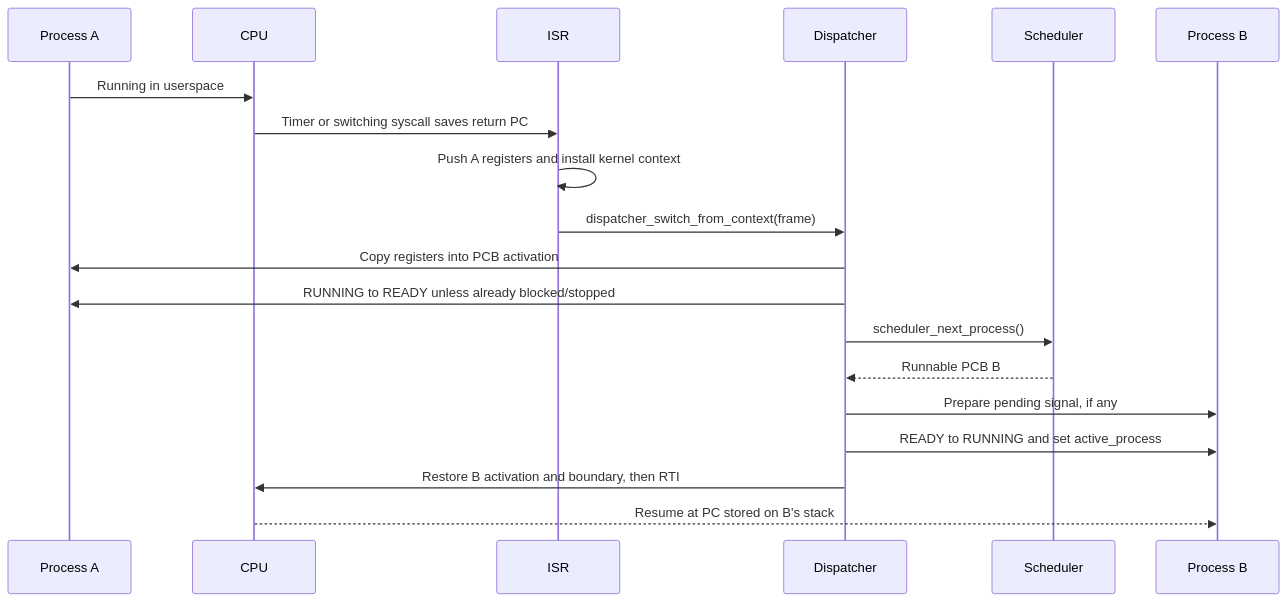
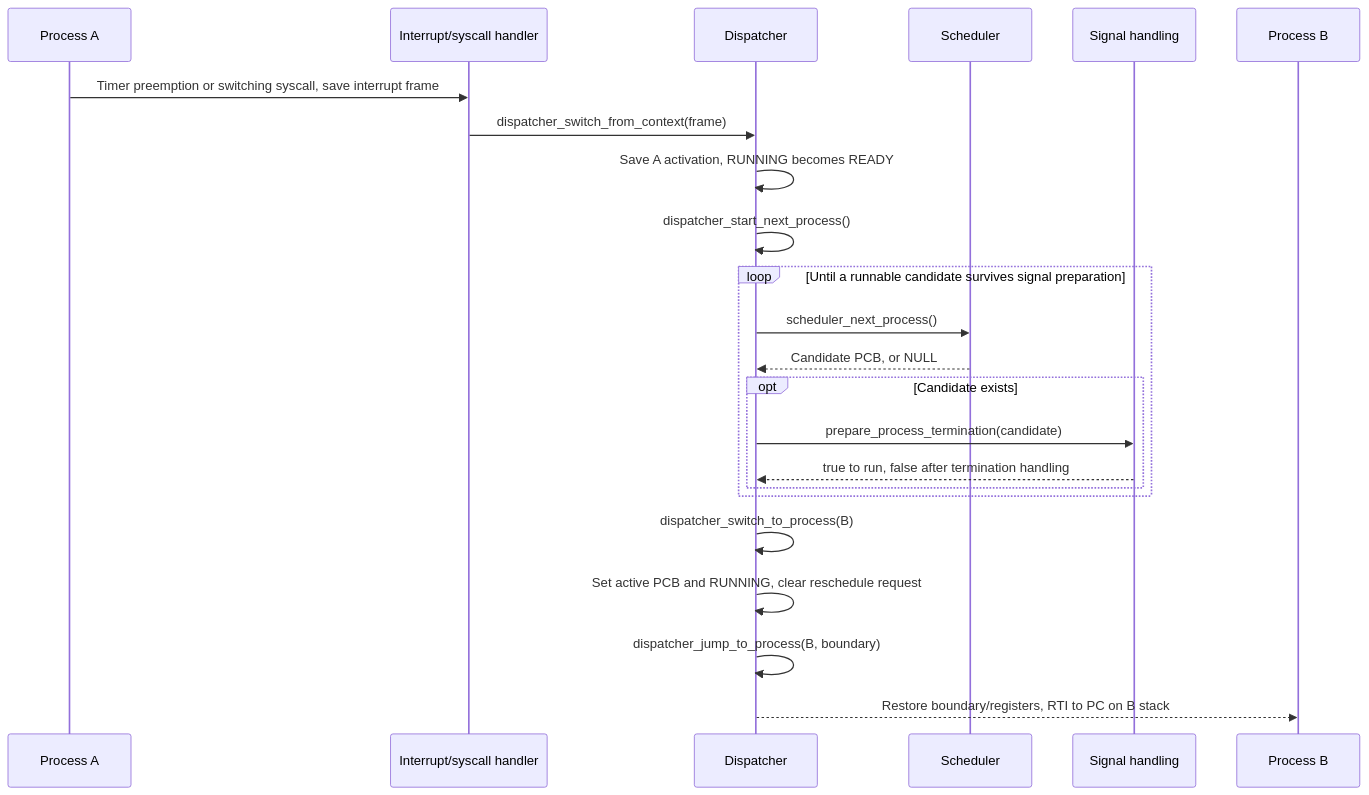
One commit to matthejue/Pico-OS changed diagram 16 of 30 in README.md. Above: the diagram before and after it, drawn with Mermaid. The commit also changed other lines of this file, not shown here.

Commit message:
updated README with clearer explanations, diagrams, and source links

````diff
--- a/README.md
+++ b/README.md
@@ -2231,22 +2434,26 @@
 ```mermaid
 sequenceDiagram
     participant A as Process A
-    participant CPU
-    participant ISR
+    participant I as Interrupt/syscall handler
     participant D as Dispatcher
     participant S as Scheduler
+    participant G as Signal handling
     participant B as Process B
 
-    A->>CPU: Running in userspace
-    CPU->>ISR: Timer or switching syscall saves return PC
-    ISR->>ISR: Push A registers and install kernel context
-    ISR->>D: dispatcher_switch_from_context(frame)
-    D->>A: Copy registers into PCB activation
-    D->>A: RUNNING to READY unless already blocked/stopped
-    D->>S: scheduler_next_process()
-    S-->>D: Runnable PCB B
-    D->>B: Prepare pending signal, if any
-    D->>B: READY to RUNNING and set active_process
-    D->>CPU: Restore B activation and boundary, then RTI
-    CPU-->>B: Resume at PC stored on B's stack
+    A->>I: Timer preemption or switching syscall, save interrupt frame
+    I->>D: dispatcher_switch_from_context(frame)
+    D->>D: Save A activation, RUNNING becomes READY
+    D->>D: dispatcher_start_next_process()
+    loop Until a runnable candidate survives signal preparation
+        D->>S: scheduler_next_process()
+        S-->>D: Candidate PCB, or NULL
+        opt Candidate exists
+            D->>G: prepare_process_termination(candidate)
+            G-->>D: true to run, false after termination handling
+        end
+    end
+    D->>D: dispatcher_switch_to_process(B)
+    D->>D: Set active PCB and RUNNING, clear reschedule request
+    D->>D: dispatcher_jump_to_process(B, boundary)
+    D-->>B: Restore boundary/registers, RTI to PC on B stack
 ```
````
